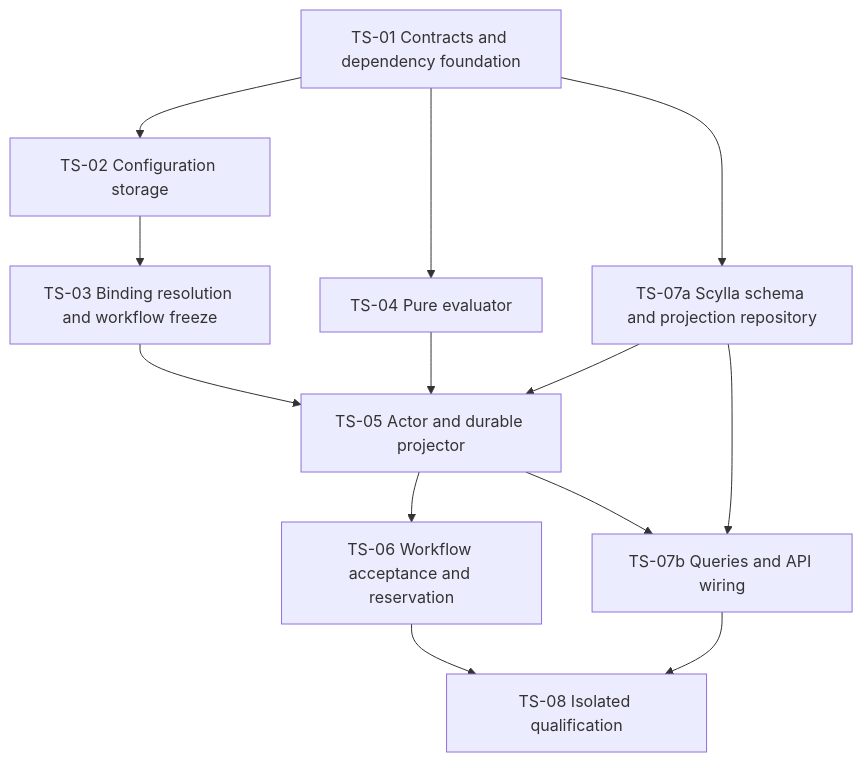
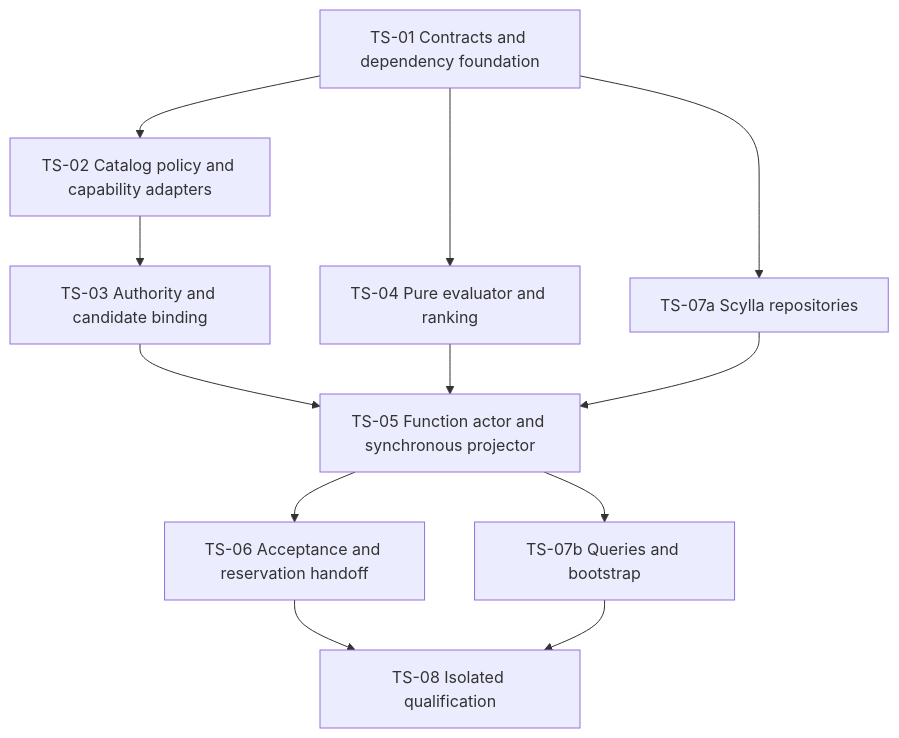
One commit to basilthomas911/IFM changed the diagram in TomasAI.IFM.Domain.Trade/Strategy/Workflow/IntrinsicTime/TradeSelection/Docs/TradeSelection-Implementation-Plan-v1.0.md. Above: the diagram before and after it, drawn with Mermaid. The commit also changed other lines of this file and 145 other files, not shown here.

First line of the commit message:
Implement catalog-backed Trade Selection and align Function actors

````diff
--- a/TomasAI.IFM.Domain.Trade/Strategy/Workflow/IntrinsicTime/TradeSelection/Docs/TradeSelection-Implementation-Plan-v1.0.md
+++ b/TomasAI.IFM.Domain.Trade/Strategy/Workflow/IntrinsicTime/TradeSelection/Docs/TradeSelection-Implementation-Plan-v1.0.md
@@ -54,15 +48,14 @@
 ```mermaid
 flowchart TD
-    A[TS-01 Contracts and dependency foundation] --> B[TS-02 Configuration storage]
-    A --> C[TS-04 Pure evaluator]
-    B --> D[TS-03 Binding resolution and workflow freeze]
-    A --> E[TS-07a Scylla schema and projection repository]
-    C --> F[TS-05 Actor and durable projector]
-    D --> F
-    E --> F
-    F --> G[TS-06 Workflow acceptance and reservation]
-    E --> H[TS-07b Queries and API wiring]
-    F --> H
-    G --> I[TS-08 Isolated qualification]
+    A[TS-01 Contracts and dependency foundation] --> B[TS-02 Catalog policy and capability adapters]
+    A --> D[TS-04 Pure evaluator and ranking]
+    B --> C[TS-03 Authority and candidate binding]
+    A --> G[TS-07a Scylla repositories]
+    C --> E[TS-05 Function actor and synchronous projector]
+    D --> E
+    G --> E
+    E --> F[TS-06 Acceptance and reservation handoff]
+    E --> H[TS-07b Queries and bootstrap]
+    F --> I[TS-08 Isolated qualification]
     H --> I
 ```
````
